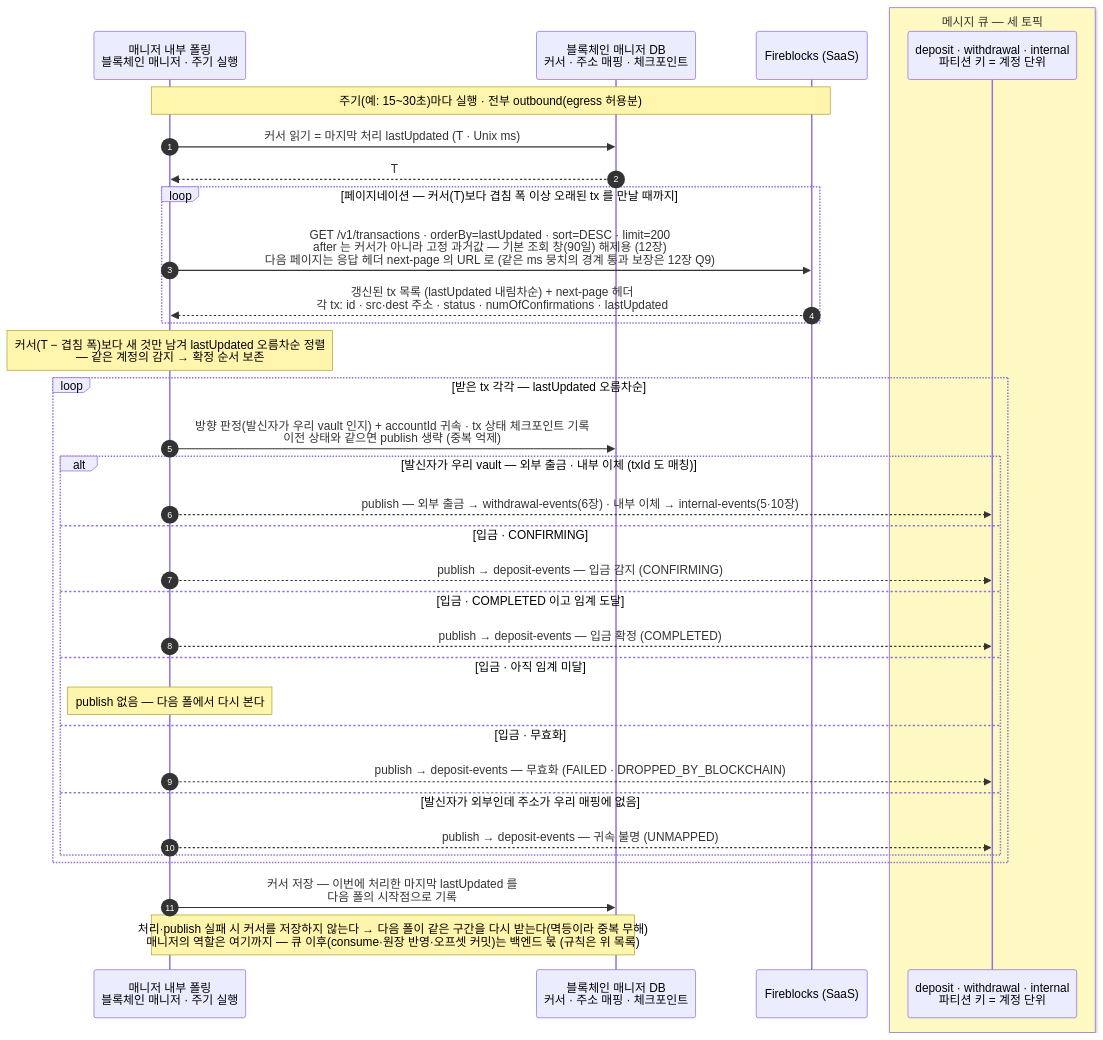
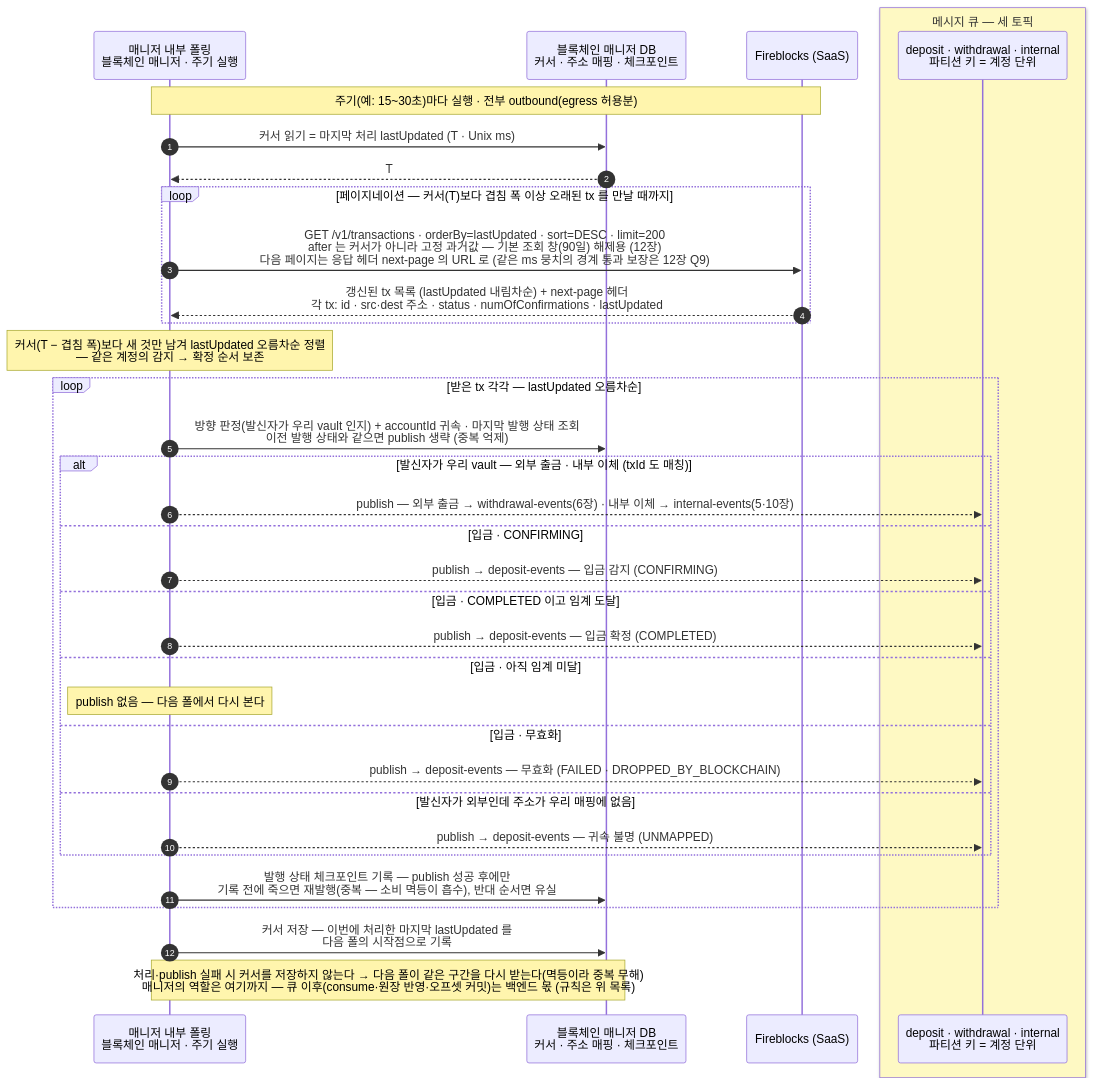
One commit to eunsujeo/eunpus changed the first of 2 diagrams in blockchain-manager/docs/블록체인매니저/설계/04-detect-confirm.md. Above: the diagram before and after it, drawn with Mermaid. The commit also changed 4 other files, not shown here.

````diff
--- a/blockchain-manager/docs/블록체인매니저/설계/04-detect-confirm.md
+++ b/blockchain-manager/docs/블록체인매니저/설계/04-detect-confirm.md
@@ -78,40 +78,41 @@
 ```mermaid
 sequenceDiagram
     autonumber
     participant SUB as 매니저 내부 폴링<br/>블록체인 매니저 · 주기 실행
     participant MDB as 블록체인 매니저 DB<br/>커서 · 주소 매핑 · 체크포인트
     participant FB as Fireblocks (SaaS)
     box rgb(254,249,195) 메시지 큐 — 세 토픽
     participant MQ as deposit · withdrawal · internal<br/>파티션 키 = 계정 단위
     end
 
     Note over SUB,FB: 주기(예: 15~30초)마다 실행 · 전부 outbound(egress 허용분)
     SUB->>MDB: 커서 읽기 = 마지막 처리 lastUpdated (T · Unix ms)
     MDB-->>SUB: T
 
     loop 페이지네이션 — 커서(T)보다 겹침 폭 이상 오래된 tx 를 만날 때까지
         SUB->>FB: GET /v1/transactions · orderBy=lastUpdated · sort=DESC · limit=200<br/>after 는 커서가 아니라 고정 과거값 — 기본 조회 창(90일) 해제용 (12장)<br/>다음 페이지는 응답 헤더 next-page 의 URL 로 (같은 ms 뭉치의 경계 통과 보장은 12장 Q9)
         FB-->>SUB: 갱신된 tx 목록 (lastUpdated 내림차순) + next-page 헤더<br/>각 tx: id · src·dest 주소 · status · numOfConfirmations · lastUpdated
     end
     Note over SUB: 커서(T − 겹침 폭)보다 새 것만 남겨 lastUpdated 오름차순 정렬<br/>— 같은 계정의 감지 → 확정 순서 보존
 
     loop 받은 tx 각각 — lastUpdated 오름차순
-        SUB->>MDB: 방향 판정(발신자가 우리 vault 인지) + accountId 귀속 · tx 상태 체크포인트 기록<br/>이전 상태와 같으면 publish 생략 (중복 억제)
+        SUB->>MDB: 방향 판정(발신자가 우리 vault 인지) + accountId 귀속 · 마지막 발행 상태 조회<br/>이전 발행 상태와 같으면 publish 생략 (중복 억제)
         alt 발신자가 우리 vault — 외부 출금 · 내부 이체 (txId 도 매칭)
             SUB-->>MQ: publish — 외부 출금 → withdrawal-events(6장) · 내부 이체 → internal-events(5·10장)
         else 입금 · CONFIRMING
             SUB-->>MQ: publish → deposit-events — 입금 감지 (CONFIRMING)
         else 입금 · COMPLETED 이고 임계 도달
             SUB-->>MQ: publish → deposit-events — 입금 확정 (COMPLETED)
         else 입금 · 아직 임계 미달
             Note over SUB: publish 없음 — 다음 폴에서 다시 본다
         else 입금 · 무효화
             SUB-->>MQ: publish → deposit-events — 무효화 (FAILED · DROPPED_BY_BLOCKCHAIN)
         else 발신자가 외부인데 주소가 우리 매핑에 없음
             SUB-->>MQ: publish → deposit-events — 귀속 불명 (UNMAPPED)
         end
+        SUB->>MDB: 발행 상태 체크포인트 기록 — publish 성공 후에만<br/>기록 전에 죽으면 재발행(중복 — 소비 멱등이 흡수), 반대 순서면 유실
     end
 
     SUB->>MDB: 커서 저장 — 이번에 처리한 마지막 lastUpdated 를<br/>다음 폴의 시작점으로 기록
     Note over SUB,MDB: 처리·publish 실패 시 커서를 저장하지 않는다 → 다음 폴이 같은 구간을 다시 받는다(멱등이라 중복 무해)<br/>매니저의 역할은 여기까지 — 큐 이후(consume·원장 반영·오프셋 커밋)는 백엔드 몫 (규칙은 위 목록)
 ```
````
